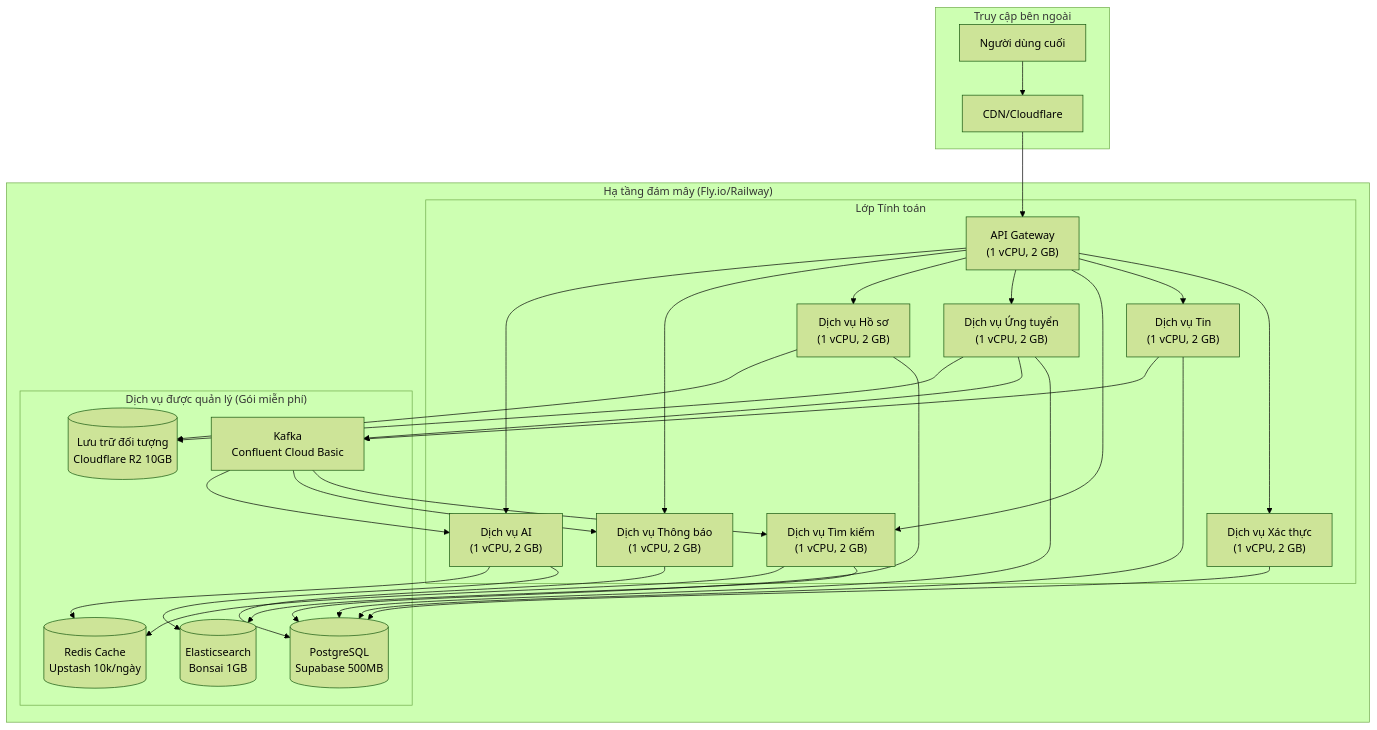
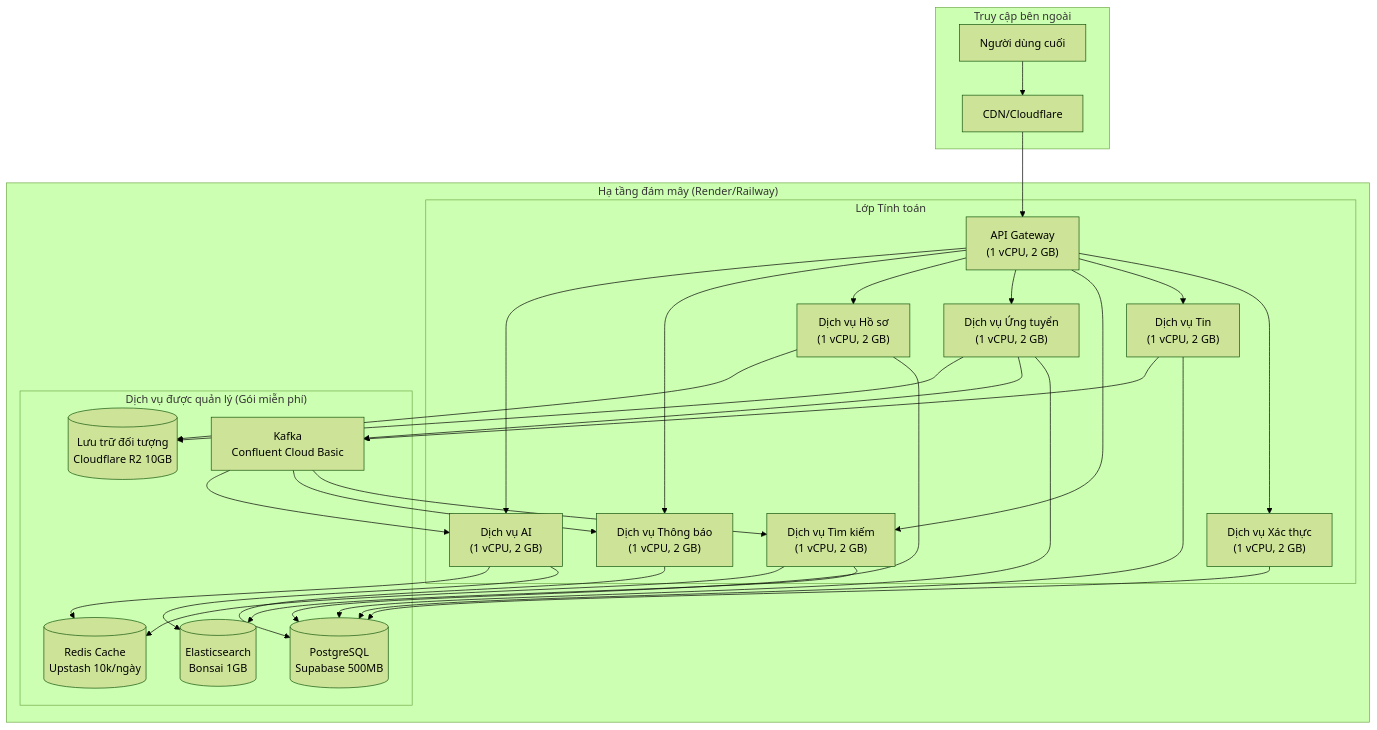
The third of 5 diagrams in docs/srs/vi/9-infra-cost-analysis.vi.md (dut-pbl6-2026/job-platform-docs), drawn with Mermaid (forest theme) before and after one commit. The commit also changed other lines of this file and 11 other files, not shown here.

First line of the commit message:
docs: PBL6-16 backlog 1-2-3 + Fly→Render jp-* + 6 PG strict (#6)

````diff
--- a/docs/srs/vi/9-infra-cost-analysis.vi.md
+++ b/docs/srs/vi/9-infra-cost-analysis.vi.md
@@ -139,58 +139,58 @@
 ```mermaid
 flowchart TB
     subgraph External["Truy cập bên ngoài"]
         User["Người dùng cuối"]
         CDN["CDN/Cloudflare"]
     end
 
-    subgraph Cloud["Hạ tầng đám mây (Fly.io/Railway)"]
+    subgraph Cloud["Hạ tầng đám mây (Render/Railway)"]
         subgraph Compute["Lớp Tính toán"]
             Gateway["API Gateway<br/>(1 vCPU, 2 GB)"]
             Auth["Dịch vụ Xác thực<br/>(1 vCPU, 2 GB)"]
             Job["Dịch vụ Tin<br/>(1 vCPU, 2 GB)"]
             Search["Dịch vụ Tìm kiếm<br/>(1 vCPU, 2 GB)"]
             App["Dịch vụ Ứng tuyển<br/>(1 vCPU, 2 GB)"]
             Profile["Dịch vụ Hồ sơ<br/>(1 vCPU, 2 GB)"]
             Notif["Dịch vụ Thông báo<br/>(1 vCPU, 2 GB)"]
             AI["Dịch vụ AI<br/>(1 vCPU, 2 GB)"]
         end
 
         subgraph Managed["Dịch vụ được quản lý (Gói miễn phí)"]
             PG[("PostgreSQL<br/>Supabase 500MB")]
             Redis[("Redis Cache<br/>Upstash 10k/ngày")]
             ES[("Elasticsearch<br/>Bonsai 1GB")]
             Broker["Kafka<br/>Confluent Cloud Basic"]
             R2[("Lưu trữ đối tượng<br/>Cloudflare R2 10GB")]
         end
     end
 
     User --> CDN
     CDN --> Gateway
     Gateway --> Auth
     Gateway --> Job
     Gateway --> Search
     Gateway --> App
     Gateway --> Profile
     Gateway --> Notif
     Gateway --> AI
 
     Auth --> PG
     Job --> PG
     App --> PG
     Profile --> PG
     Notif --> PG
 
     Job --> Broker
     App --> Broker
     Broker --> Search
     Broker --> Notif
     Broker --> AI
 
     Search --> ES
     Search --> Redis
     AI --> ES
     AI --> Redis
 
     App --> R2
     Profile --> R2
 ```
````
